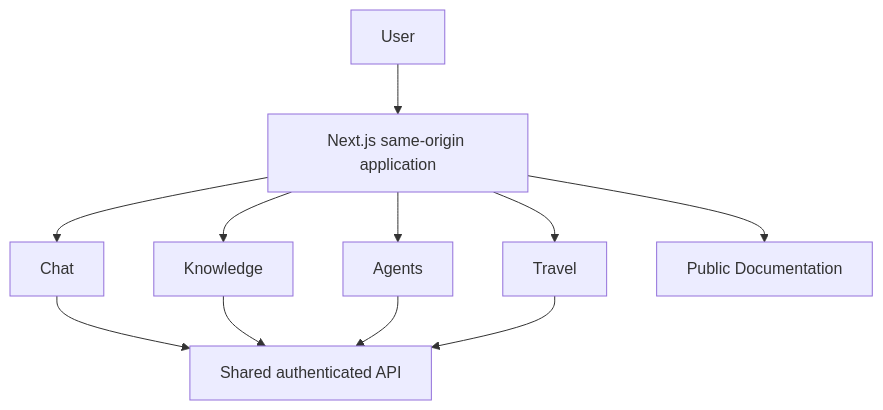
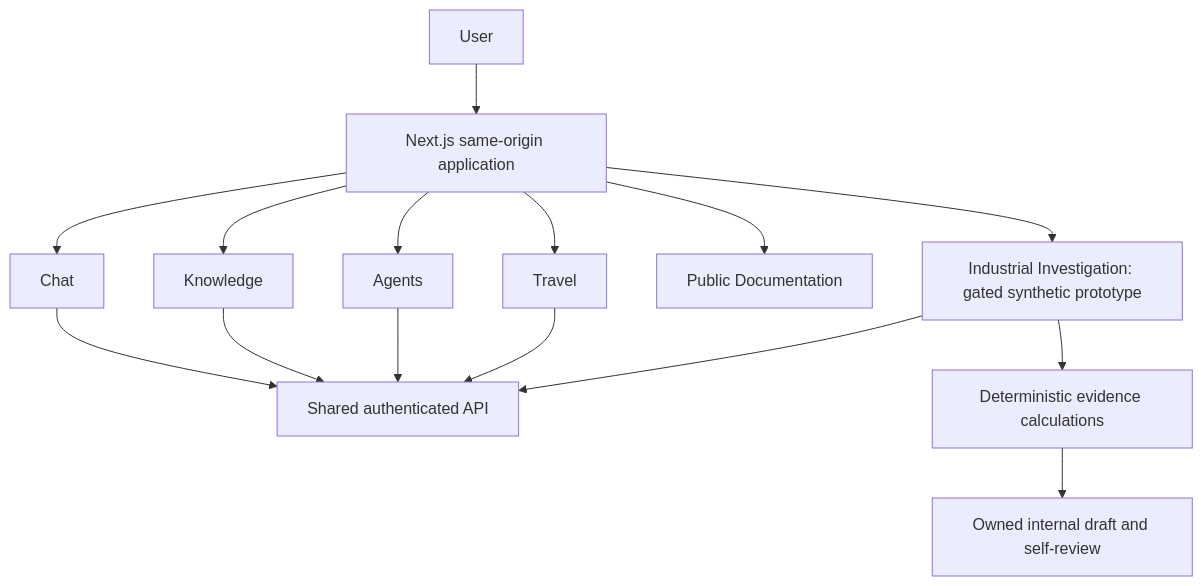
One commit to DruHustle/onesa-ai-platform changed the diagram in docs/diagrams/application.mmd. Above: the diagram before and after it, drawn with Mermaid. The commit also changed 14 other files, not shown here.

Commit message:
feat: build protected industrial investigation workspace

```diff
--- a/docs/diagrams/application.mmd
+++ b/docs/diagrams/application.mmd
@@ -1,11 +1,16 @@
 flowchart TB
 User[User] --> Web[Next.js same-origin application]
 Web --> Chat[Chat]
 Web --> Knowledge[Knowledge]
 Web --> Agent[Agents]
 Web --> Travel[Travel]
 Web --> Docs[Public Documentation]
 Chat --> API[Shared authenticated API]
 Knowledge --> API
 Agent --> API
 Travel --> API
+
+Web --> Industrial[Industrial Investigation: gated synthetic prototype]
+Industrial --> Facts[Deterministic evidence calculations]
+Facts --> Review[Owned internal draft and self-review]
+Industrial --> API
```
